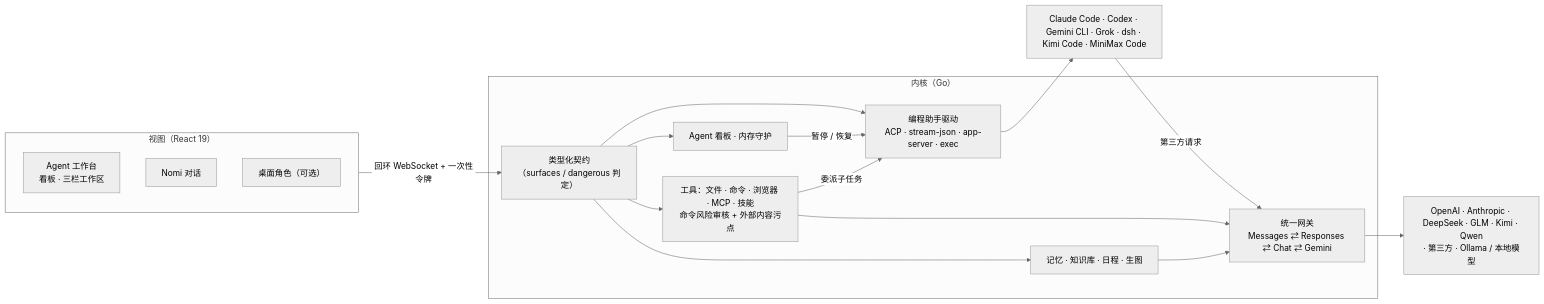
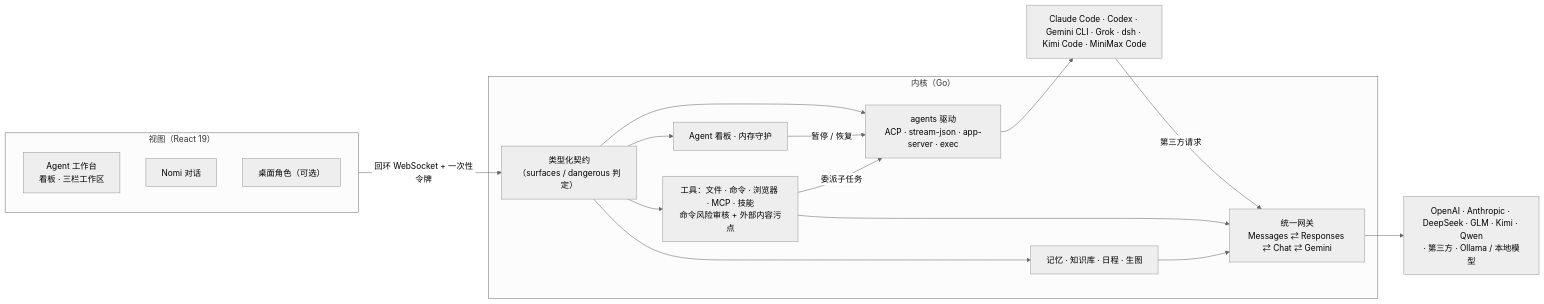
One commit to Cookieboty/nomi-ai changed the diagram in README.md. Above: the diagram before and after it, drawn with Mermaid (neutral theme). The commit also changed other lines of this file and 335 other files, not shown here.

````diff
--- a/README.md
+++ b/README.md
@@ -94,26 +94,26 @@
 ```mermaid
 flowchart LR
   subgraph View["视图（React 19）"]
     Bench["Agent 工作台<br/>看板 · 三栏工作区"]
     Chat["Nomi 对话"]
     Mascot["桌面角色（可选）"]
   end
   subgraph Core["内核（Go）"]
     Contract["类型化契约<br/>（surfaces / dangerous 判定）"]
     Fleet["Agent 看板 · 内存守护"]
-    Agents["编程助手驱动<br/>ACP · stream-json · app-server · exec"]
+    Agents["agents 驱动<br/>ACP · stream-json · app-server · exec"]
     Tools["工具：文件 · 命令 · 浏览器 · MCP · 技能<br/>命令风险审核 + 外部内容污点"]
     Mem["记忆 · 知识库 · 日程 · 生图"]
     GW["统一网关<br/>Messages ⇄ Responses ⇄ Chat ⇄ Gemini"]
   end
   CLI["Claude Code · Codex · Gemini CLI · Grok · dsh · Kimi Code · MiniMax Code"]
   Up["OpenAI · Anthropic · DeepSeek · GLM · Kimi · Qwen<br/>· 第三方 · Ollama / 本地模型"]
   View -- "回环 WebSocket + 一次性令牌" --> Contract
   Contract --> Fleet & Agents & Tools & Mem
   Fleet -- "暂停 / 恢复" --> Agents
   Agents --> CLI
   CLI -- "第三方请求" --> GW
   Tools -- "委派子任务" --> Agents
   Tools & Mem --> GW
   GW --> Up
 ```
````
